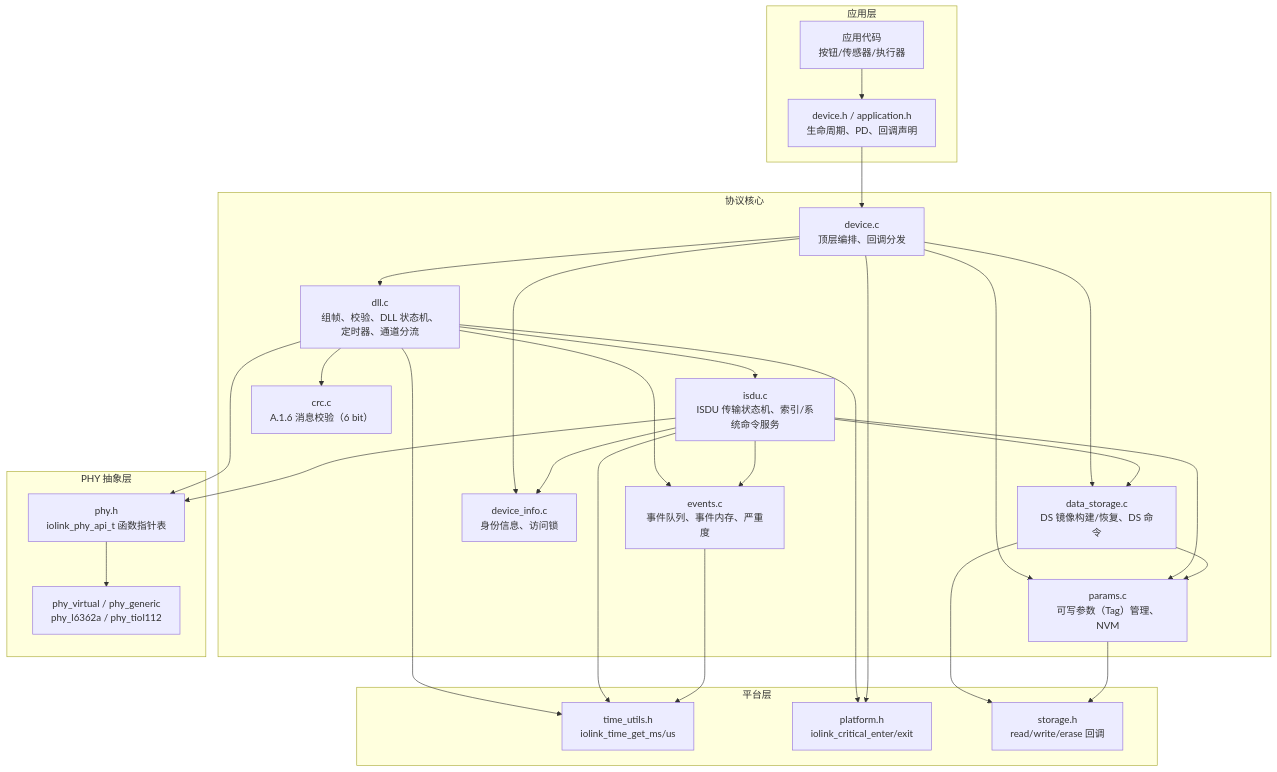
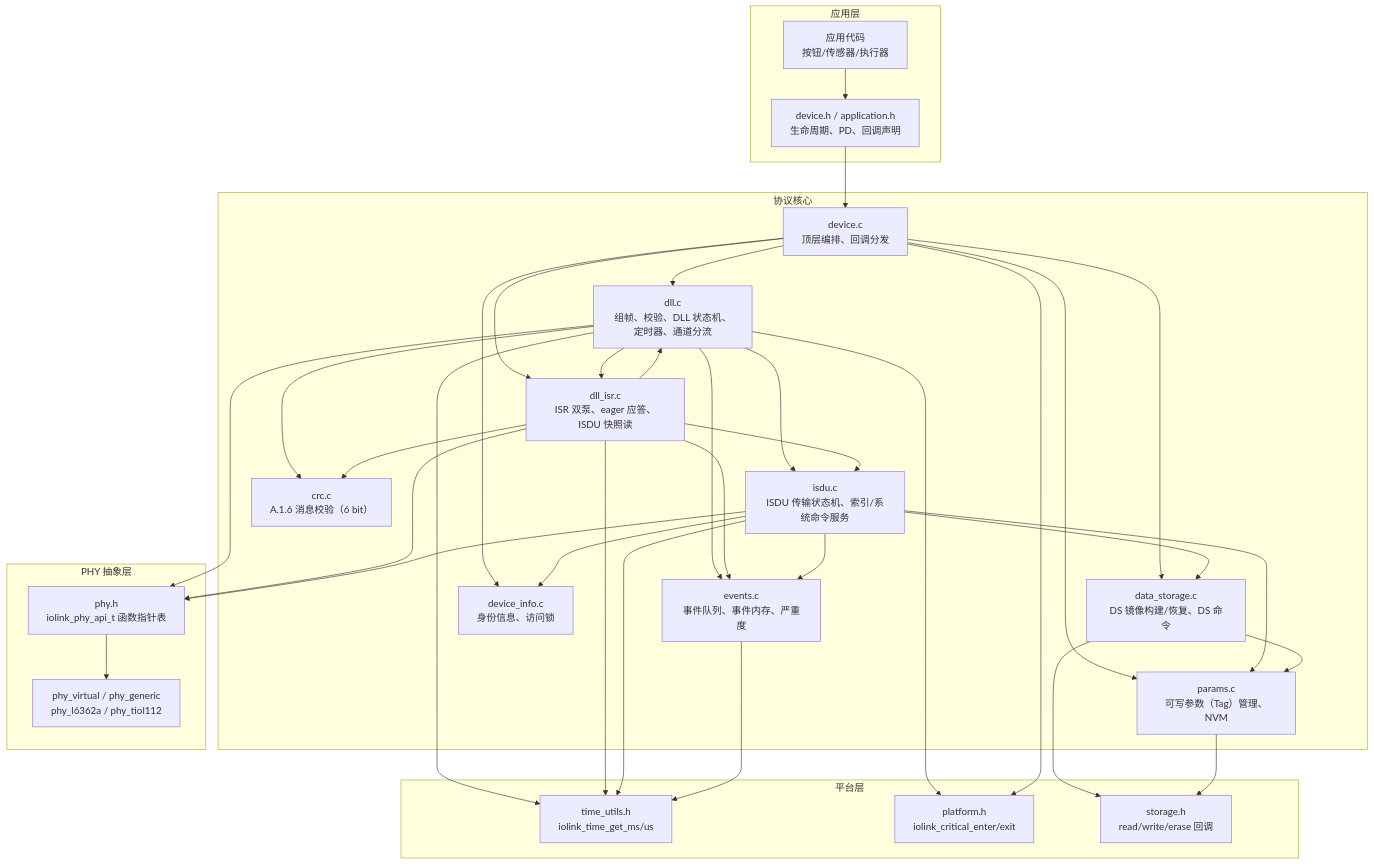
One commit to Adlyq/iolinki changed the first of 16 diagrams in docs/CODE_FLOW.md. Above: the diagram before and after it, drawn with Mermaid. The commit also changed other lines of this file and 1 other file, not shown here.

Commit message:
docs: describe dll_isr.c and the ISR context boundary

````diff
--- a/docs/CODE_FLOW.md
+++ b/docs/CODE_FLOW.md
@@ -49,54 +49,63 @@
 ```mermaid
 flowchart TB
     subgraph APP["应用层"]
         A1["应用代码<br/>按钮/传感器/执行器"]
         A2["device.h / application.h<br/>生命周期、PD、回调声明"]
     end
 
     subgraph CORE["协议核心"]
         D1["device.c<br/>顶层编排、回调分发"]
         D2["dll.c<br/>组帧、校验、DLL 状态机、定时器、通道分流"]
+        D2I["dll_isr.c<br/>ISR 双泵、eager 应答、ISDU 快照读"]
         D3["isdu.c<br/>ISDU 传输状态机、索引/系统命令服务"]
         D4["data_storage.c<br/>DS 镜像构建/恢复、DS 命令"]
         D5["params.c<br/>可写参数（Tag）管理、NVM"]
         D6["device_info.c<br/>身份信息、访问锁"]
         D7["events.c<br/>事件队列、事件内存、严重度"]
         D8["crc.c<br/>A.1.6 消息校验（6 bit）"]
     end
 
     subgraph PHY["PHY 抽象层"]
         P1["phy.h<br/>iolink_phy_api_t 函数指针表"]
         P2["phy_virtual / phy_generic<br/>phy_l6362a / phy_tiol112"]
     end
 
     subgraph PLAT["平台层"]
         T1["time_utils.h<br/>iolink_time_get_ms/us"]
         T2["platform.h<br/>iolink_critical_enter/exit"]
         S1["storage.h<br/>read/write/erase 回调"]
     end
 
     A1 --> A2
     A2 --> D1
     D1 --> D2
+    D1 --> D2I
+    D2 --> D2I
+    D2I --> D2
     D1 --> D5
     D1 --> D6
     D1 --> D4
     D2 --> D3
+    D2I --> D3
     D2 --> D7
+    D2I --> D7
     D2 --> D8
+    D2I --> D8
     D3 --> D5
     D3 --> D6
     D3 --> D4
     D3 --> D7
     D4 --> D5
     D4 --> S1
     D5 --> S1
     D2 --> P1
+    D2I --> P1
     D3 --> P1
     P1 --> P2
     D2 --> T1
+    D2I --> T1
     D3 --> T1
     D7 --> T1
     D2 --> T2
     D1 --> T2
 ```
````
